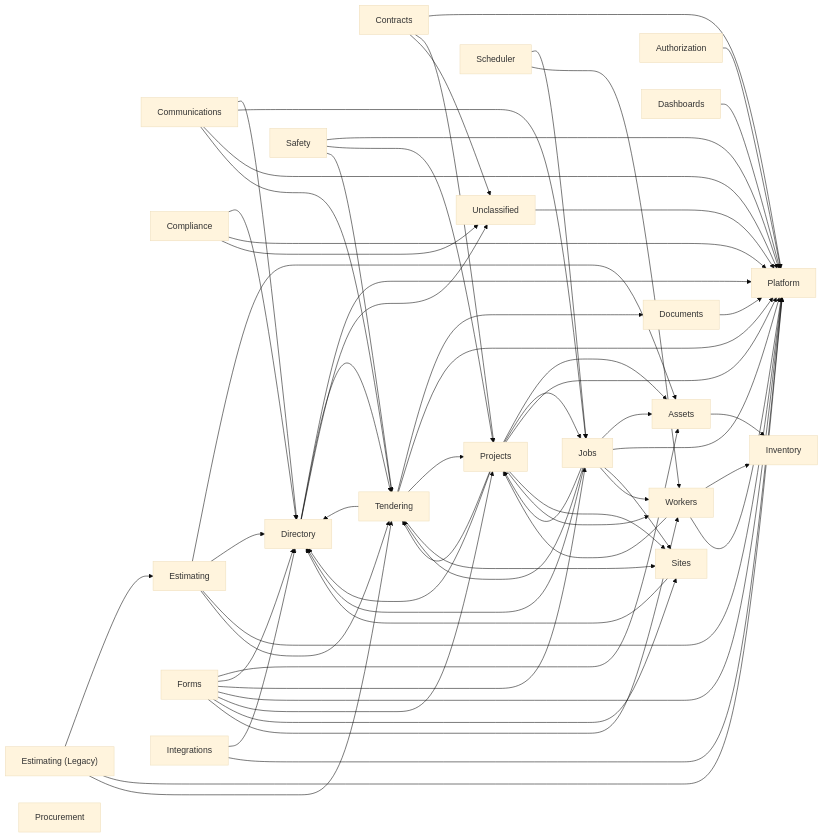
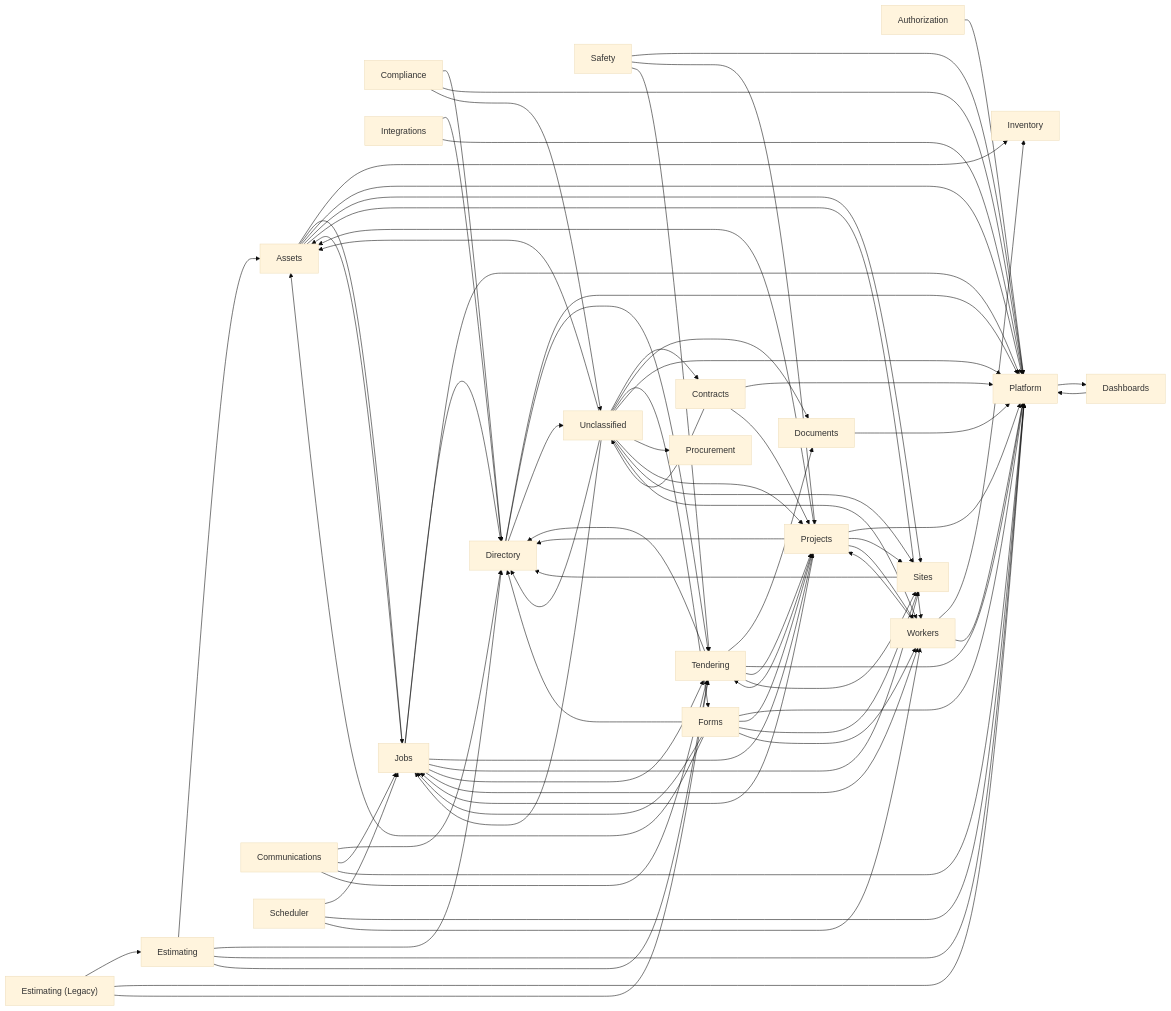
Before and after one commit to GH-Mantova/ProjectOperations: the diagram in sot/04-data-model.md, drawn with Mermaid (base theme). The commit also changed other lines of this file, not shown here.

First line of the commit message:
docs(sot): re-merge generated schema-map into sot/04 (231 models, 41 enums, 358 edges)

```diff
--- a/sot/04-data-model.md
+++ b/sot/04-data-model.md
@@ -91,6 +91,10 @@
   unclassified["Unclassified"]
   workers["Workers"]
   assets --> inventory
+  assets --> jobs
+  assets --> platform
+  assets --> sites
+  assets --> workers
   authorization --> platform
   communications --> directory
   communications --> jobs
@@ -130,6 +134,7 @@
   jobs --> sites
   jobs --> tendering
   jobs --> workers
+  platform --> dashboards
   projects --> assets
   projects --> directory
   projects --> jobs
@@ -141,6 +146,7 @@
   safety --> projects
   safety --> tendering
   scheduler --> jobs
+  scheduler --> platform
   scheduler --> workers
   sites --> directory
   tendering --> directory
@@ -148,7 +154,17 @@
   tendering --> platform
   tendering --> projects
   tendering --> sites
+  unclassified --> assets
+  unclassified --> contracts
+  unclassified --> directory
+  unclassified --> documents
+  unclassified --> forms
+  unclassified --> jobs
   unclassified --> platform
+  unclassified --> procurement
+  unclassified --> projects
+  unclassified --> sites
+  unclassified --> workers
   workers --> inventory
   workers --> platform
   workers --> projects
```
